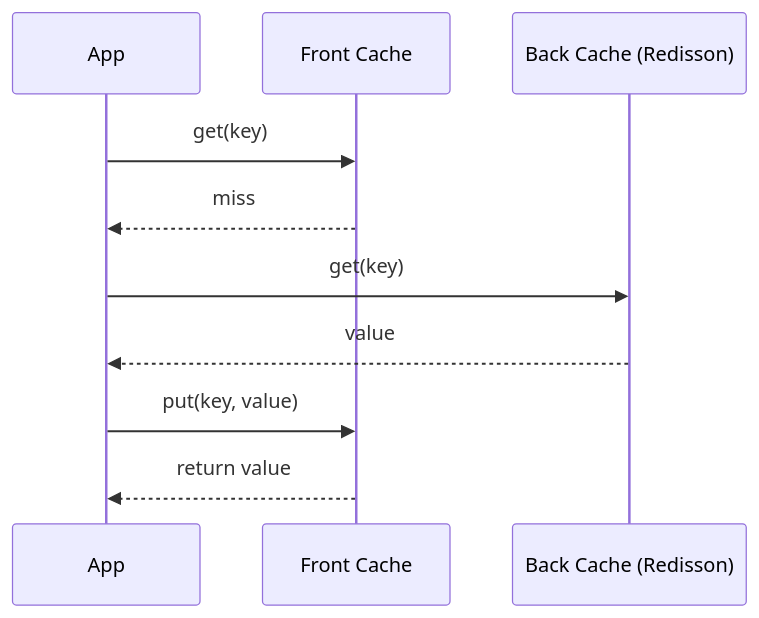
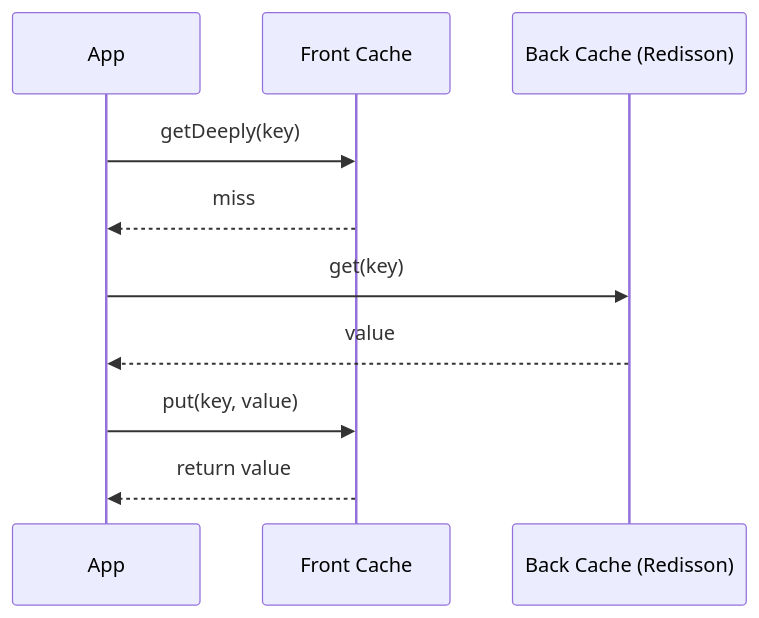
One commit to bluetape4k/bluetape4k-projects changed the second of 4 diagrams in infra/cache-redisson-near/README.md. Above: the diagram before and after it, drawn with Mermaid. The commit also changed other lines of this file and 124 other files, not shown here.

````diff
--- a/infra/cache-redisson-near/README.md
+++ b/infra/cache-redisson-near/README.md
@@ -69,12 +79,12 @@
 ```mermaid
 sequenceDiagram
     participant A as App
     participant F as Front Cache
     participant B as Back Cache (Redisson)
-    A->>F: get(key)
+    A ->> F: getDeeply(key)
     F-->>A: miss
     A->>B: get(key)
     B-->>A: value
     A->>F: put(key, value)
     F-->>A: return value
 ```
````
